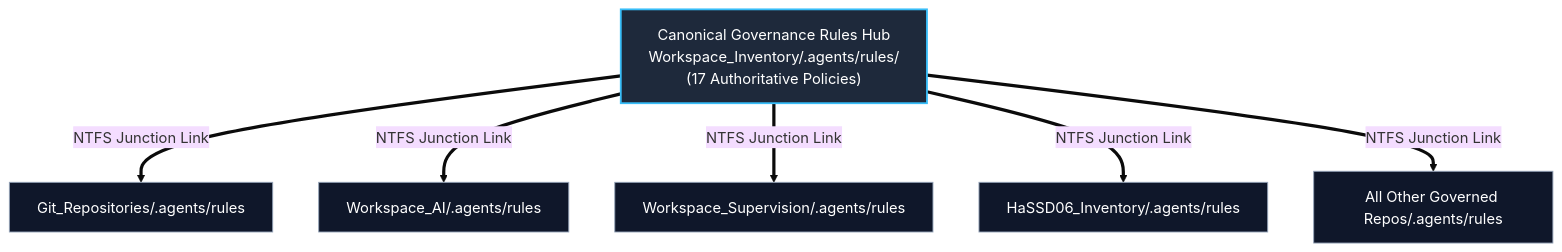
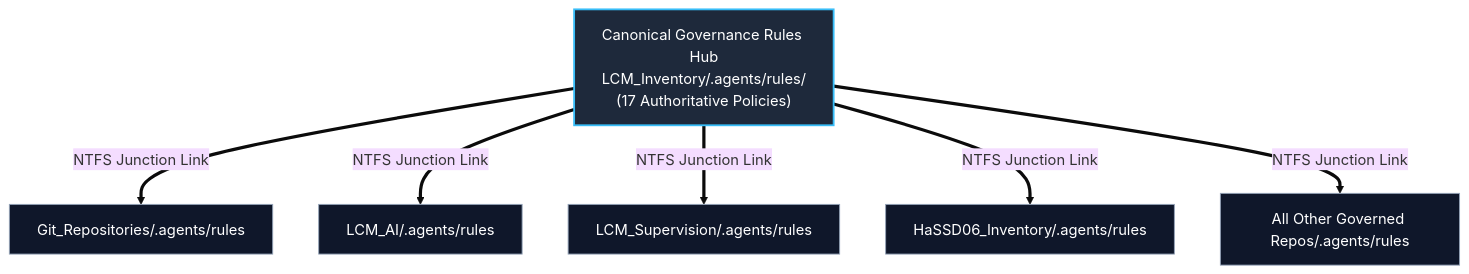
The fourth of 4 diagrams in docs/Architecture.md (rgbigel/LCM_Inventory), drawn with Mermaid (base theme) before and after one commit. The commit also changed other lines of this file and 363 other files, not shown here.

First line of the commit message:
chore(lcm): snapshot new workspace structure

````diff
--- a/docs/Architecture.md
+++ b/docs/Architecture.md
@@ -130,20 +130,20 @@
 ```mermaid
 graph TD
     classDef hub fill:#1e293b,stroke:#38bdf8,stroke-width:2px,color:#fff;
     classDef spk fill:#0f172a,stroke:#94a3b8,stroke-width:1px,color:#fff;
 
-    HUB["Canonical Governance Rules Hub<br/>Workspace_Inventory/.agents/rules/<br/>(17 Authoritative Policies)"]:::hub
+    HUB["Canonical Governance Rules Hub<br/>LCM_Inventory/.agents/rules/<br/>(17 Authoritative Policies)"]:::hub
 
     ROOT["Git_Repositories/.agents/rules"]:::spk
-    WAI["Workspace_AI/.agents/rules"]:::spk
-    WSUP["Workspace_Supervision/.agents/rules"]:::spk
+    WAI["LCM_AI/.agents/rules"]:::spk
+    WSUP["LCM_Supervision/.agents/rules"]:::spk
     HASS["HaSSD06_Inventory/.agents/rules"]:::spk
     OTHER["All Other Governed Repos/.agents/rules"]:::spk
 
     HUB ==>|NTFS Junction Link| ROOT
     HUB ==>|NTFS Junction Link| WAI
     HUB ==>|NTFS Junction Link| WSUP
     HUB ==>|NTFS Junction Link| HASS
     HUB ==>|NTFS Junction Link| OTHER
 
 ```
````
